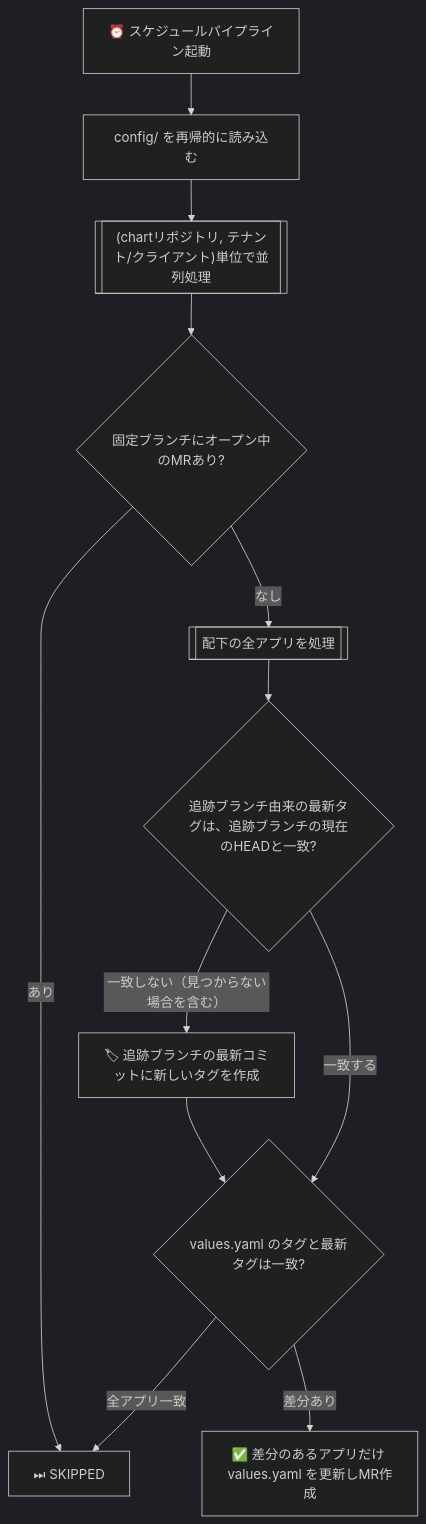
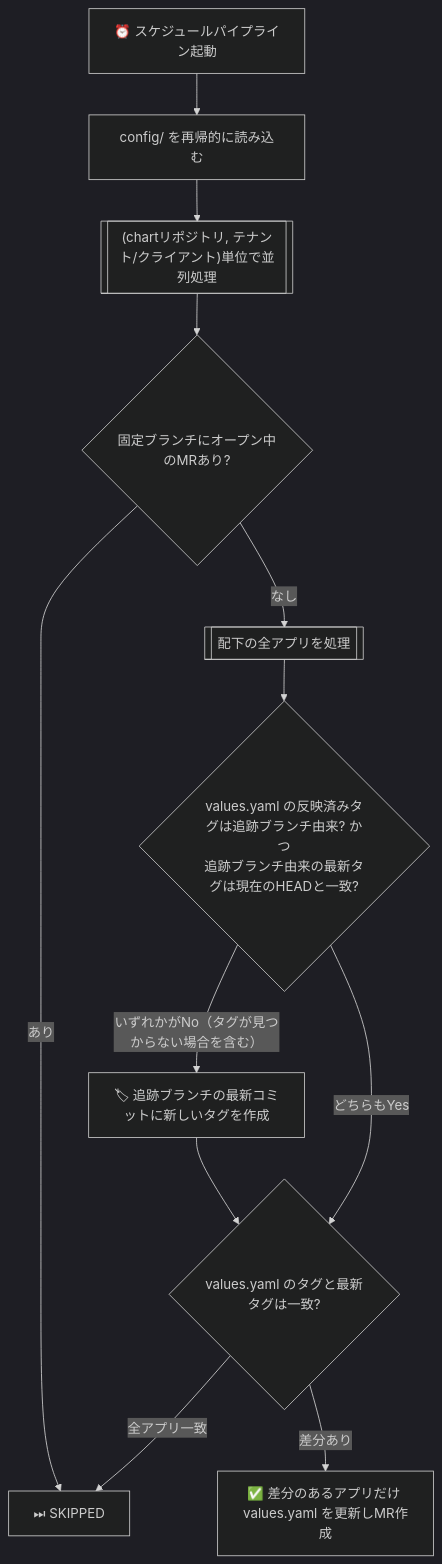
The diagram in README.md (sinnlosses/helm-yadokari), drawn with Mermaid (dark theme) before and after one commit. The commit also changed other lines of this file and 6 other files, not shown here.

````diff
--- a/README.md
+++ b/README.md
@@ -96,14 +98,14 @@
 ```mermaid
 flowchart TD
     A[⏰ スケジュールパイプライン起動] --> B[config/ を再帰的に読み込む]
     B --> C[["(chartリポジトリ, テナント/クライアント)単位で並列処理"]]
     C --> D{固定ブランチにオープン中のMRあり?}
     D -->|あり| E[⏭ SKIPPED]
     D -->|なし| F[[配下の全アプリを処理]]
-    F --> G{追跡ブランチ由来の最新タグは、追跡ブランチの現在のHEADと一致?}
-    G -->|一致しない（見つからない場合を含む）| H[🏷 追跡ブランチの最新コミットに新しいタグを作成]
+    F --> G{values.yaml の反映済みタグは追跡ブランチ由来? かつ<br/>追跡ブランチ由来の最新タグは現在のHEADと一致?}
+    G -->|いずれかがNo（タグが見つからない場合を含む）| H[🏷 追跡ブランチの最新コミットに新しいタグを作成]
     H --> I
-    G -->|一致する| I{values.yaml のタグと最新タグは一致?}
+    G -->|どちらもYes| I{values.yaml のタグと最新タグは一致?}
     I -->|全アプリ一致| E
     I -->|差分あり| J[✅ 差分のあるアプリだけ values.yaml を更新しMR作成]
 ```
````
